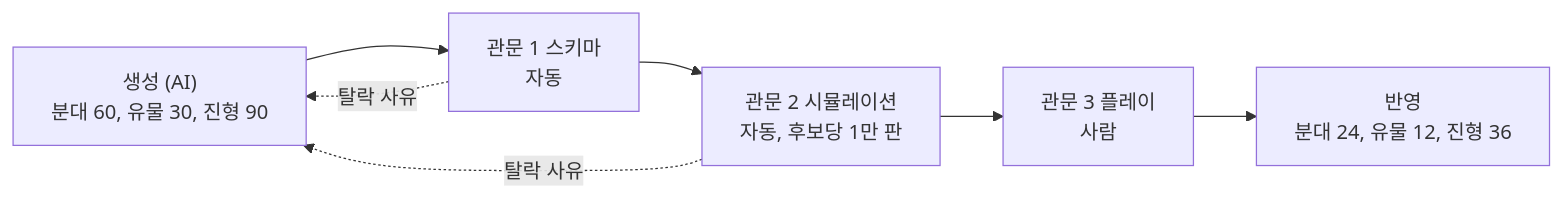
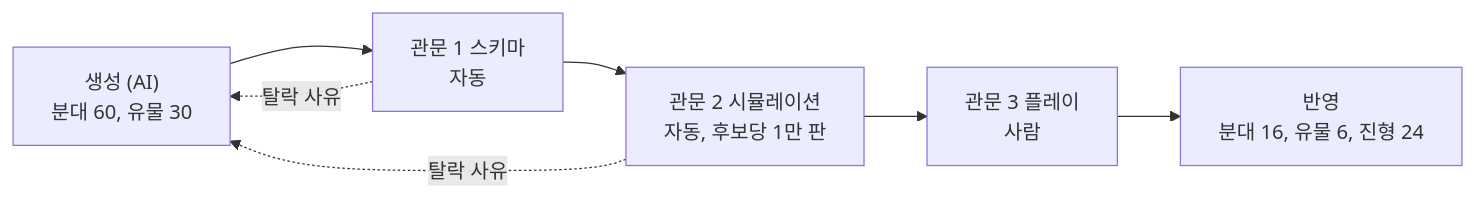
The third of 4 diagrams in docs/design.md (agnesAqr/rank-and-file), drawn with Mermaid before and after one commit. The commit also changed other lines of this file and 9 other files, not shown here.

````diff
--- a/docs/design.md
+++ b/docs/design.md
@@ -651,9 +649,9 @@
 ```mermaid
 flowchart LR
-  GEN["생성 (AI)<br>분대 60, 유물 30, 진형 90"] --> G1["관문 1 스키마<br>자동"]
+  GEN["생성 (AI)<br>분대 60, 유물 30"] --> G1["관문 1 스키마<br>자동"]
   G1 --> G2["관문 2 시뮬레이션<br>자동, 후보당 1만 판"]
   G2 --> G3["관문 3 플레이<br>사람"]
-  G3 --> IN["반영<br>분대 24, 유물 12, 진형 36"]
+  G3 --> IN["반영<br>분대 16, 유물 6, 진형 24"]
   G1 -.->|"탈락 사유"| GEN
   G2 -.->|"탈락 사유"| GEN
 ```
````
